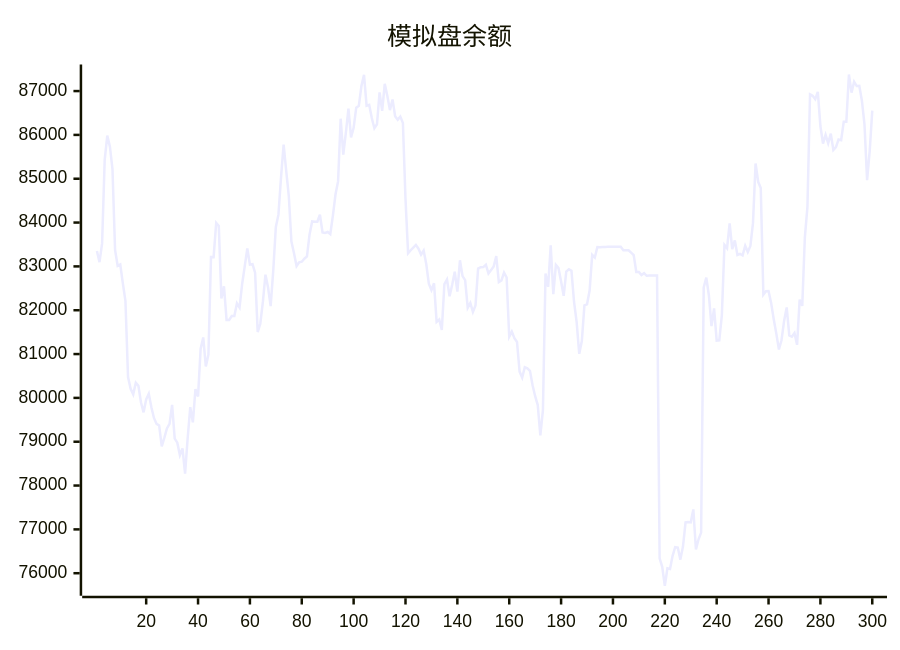
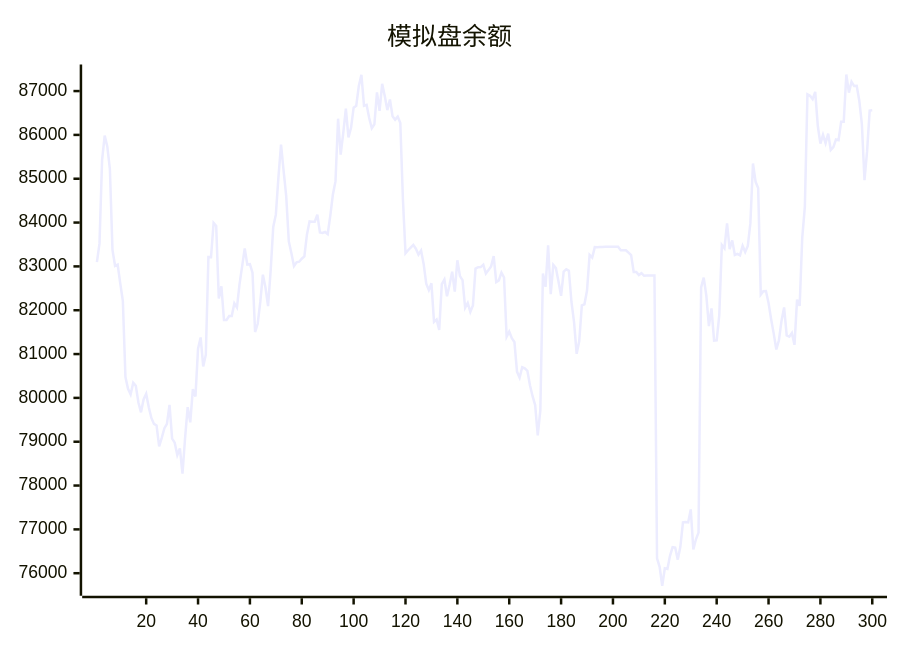
Before and after one commit to aahl/ai-trading: the diagram in README.md, drawn with Mermaid. The commit also changed other lines of this file and 1 other file, not shown here.

````diff
--- a/README.md
+++ b/README.md
@@ -5,5 +5,5 @@
 ```mermaid
 xychart
     title "模拟盘余额"
-    line [83351,83098,83525,85430,85983,85737,85221,83378,83014,83043,82613,82216,80477,80208,80081,80348,80277,79894,79670,79965,80093,79786,79542,79406,79371,78893,79087,79304,79406,79841,79072,78978,78696,78846,78272,79085,79787,79442,80198,80031,81120,81379,80718,80985,83214,83212,83993,83921,82270,82547,81776,81776,81866,81866,82158,82061,82596,83000,83408,83041,83050,82858,81503,81691,82188,82812,82517,82092,82901,83898,84180,85030,85781,85178,84604,83569,83298,83008,83093,83107,83175,83228,83729,84025,84017,84019,84177,83775,83762,83785,83738,84160,84639,84939,86370,85548,86046,86599,85942,86161,86622,86664,87115,87369,86666,86685,86384,86152,86243,86969,86548,87164,86885,86566,86809,86427,86348,86417,86273,84538,83299,83369,83430,83490,83404,83270,83362,83056,82605,82459,82614,81734,81788,81551,82598,82702,82320,82580,82878,82426,83139,82778,82686,82056,82166,81963,82110,82951,82983,82984,83038,82838,82915,82998,83235,82642,82682,82858,82746,81396,81512,81362,81277,80600,80461,80699,80673,80616,80288,80038,79836,79142,79722,82837,82533,83480,82366,83032,82960,82654,82330,82883,82934,82901,82188,81728,81005,81298,82110,82135,82449,83264,83203,83440,83439,83440,83440,83446,83447,83448,83447,83448,83449,83369,83369,83369,83313,83256,82872,82873,82801,82844,82785,82791,82791,82793,82794,76339,76145,75714,76110,76096,76397,76594,76585,76310,76607,77160,77170,77160,77456,76541,76774,76927,82520,82744,82337,81639,82040,81307,81314,81887,83490,83414,83984,83396,83594,83261,83287,83253,83470,83327,83465,83987,85348,84930,84786,82355,82433,82438,82167,81795,81466,81105,81315,81756,82064,81426,81398,81481,81210,82242,82099,83658,84359,86925,86892,86814,86980,86203,85802,86003,85811,86028,85657,85721,85896,85880,86300,86299,87378,86965,87214,87115,87118,86780,86238,84966,85623,86555]
+    line [83098,83525,85430,85983,85737,85221,83378,83014,83043,82613,82216,80477,80208,80081,80348,80277,79894,79670,79965,80093,79786,79542,79406,79371,78893,79087,79304,79406,79841,79072,78978,78696,78846,78272,79085,79787,79442,80198,80031,81120,81379,80718,80985,83214,83212,83993,83921,82270,82547,81776,81776,81866,81866,82158,82061,82596,83000,83408,83041,83050,82858,81503,81691,82188,82812,82517,82092,82901,83898,84180,85030,85781,85178,84604,83569,83298,83008,83093,83107,83175,83228,83729,84025,84017,84019,84177,83775,83762,83785,83738,84160,84639,84939,86370,85548,86046,86599,85942,86161,86622,86664,87115,87369,86666,86685,86384,86152,86243,86969,86548,87164,86885,86566,86809,86427,86348,86417,86273,84538,83299,83369,83430,83490,83404,83270,83362,83056,82605,82459,82614,81734,81788,81551,82598,82702,82320,82580,82878,82426,83139,82778,82686,82056,82166,81963,82110,82951,82983,82984,83038,82838,82915,82998,83235,82642,82682,82858,82746,81396,81512,81362,81277,80600,80461,80699,80673,80616,80288,80038,79836,79142,79722,82837,82533,83480,82366,83032,82960,82654,82330,82883,82934,82901,82188,81728,81005,81298,82110,82135,82449,83264,83203,83440,83439,83440,83440,83446,83447,83448,83447,83448,83449,83369,83369,83369,83313,83256,82872,82873,82801,82844,82785,82791,82791,82793,82794,76339,76145,75714,76110,76096,76397,76594,76585,76310,76607,77160,77170,77160,77456,76541,76774,76927,82520,82744,82337,81639,82040,81307,81314,81887,83490,83414,83984,83396,83594,83261,83287,83253,83470,83327,83465,83987,85348,84930,84786,82355,82433,82438,82167,81795,81466,81105,81315,81756,82064,81426,81398,81481,81210,82242,82099,83658,84359,86925,86892,86814,86980,86203,85802,86003,85811,86028,85657,85721,85896,85880,86300,86299,87378,86965,87214,87115,87118,86780,86238,84966,85623,86555,86562]
 ```
````
